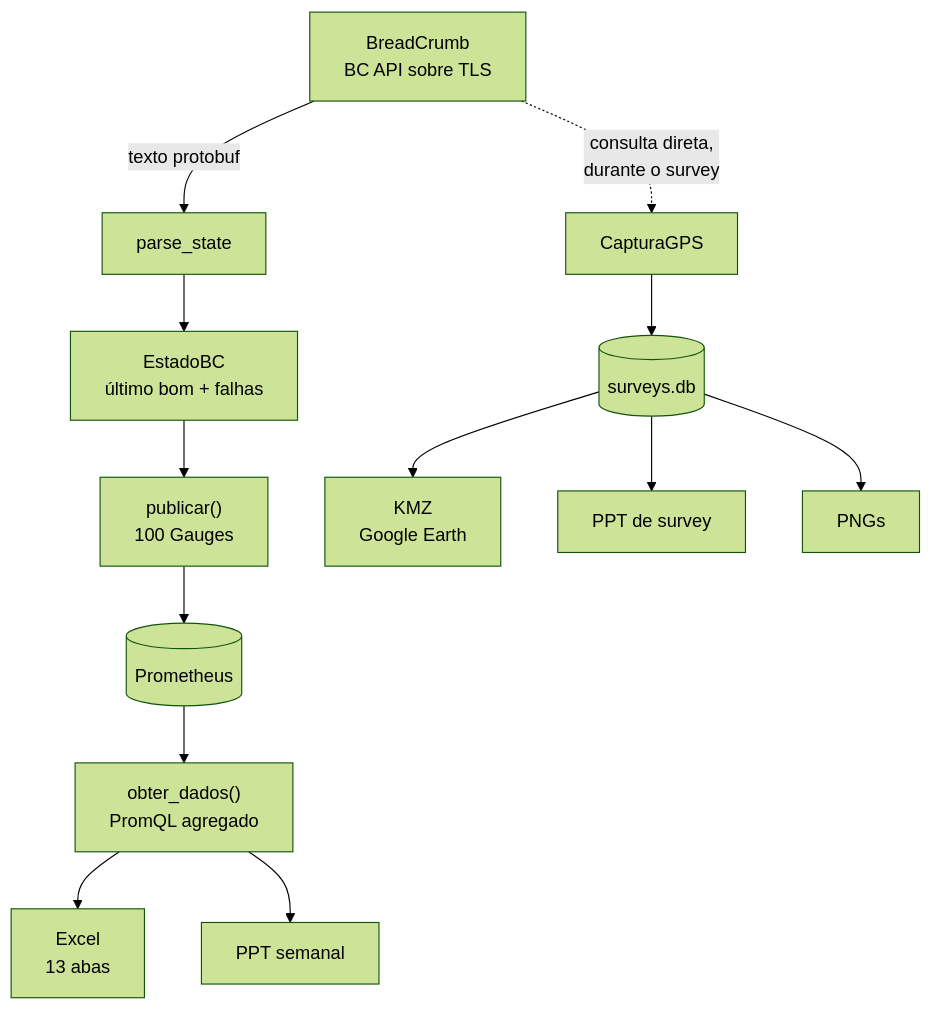
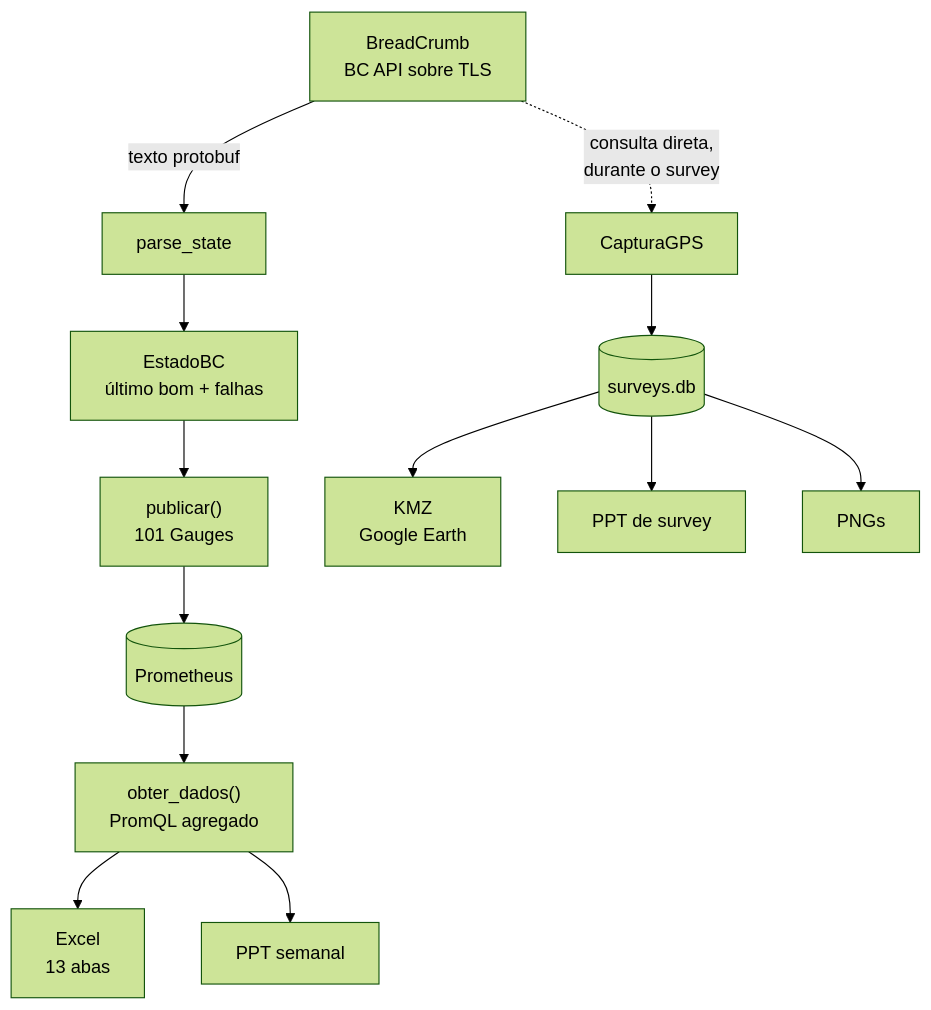
Before and after one commit to Mrluuh12/aluno: the first of 3 diagrams in ARQUITETURA.md, drawn with Mermaid (forest theme). The commit also changed other lines of this file and 18 other files, not shown here.

````diff
--- a/ARQUITETURA.md
+++ b/ARQUITETURA.md
@@ -135,15 +135,15 @@
 ```mermaid
 flowchart TD
     BC["BreadCrumb<br/>BC API sobre TLS"] -->|texto protobuf| P[parse_state]
     P --> E["EstadoBC<br/>último bom + falhas"]
-    E --> M["publicar()<br/>100 Gauges"]
+    E --> M["publicar()<br/>101 Gauges"]
     M --> PR[(Prometheus)]
     PR --> OD["obter_dados()<br/>PromQL agregado"]
     OD --> XL["Excel<br/>13 abas"]
     OD --> PP["PPT semanal"]
     BC -.->|consulta direta,<br/>durante o survey| CG[CapturaGPS]
     CG --> DB[(surveys.db)]
     DB --> KMZ["KMZ<br/>Google Earth"]
     DB --> PS["PPT de survey"]
     DB --> PNG["PNGs"]
 ```
````
